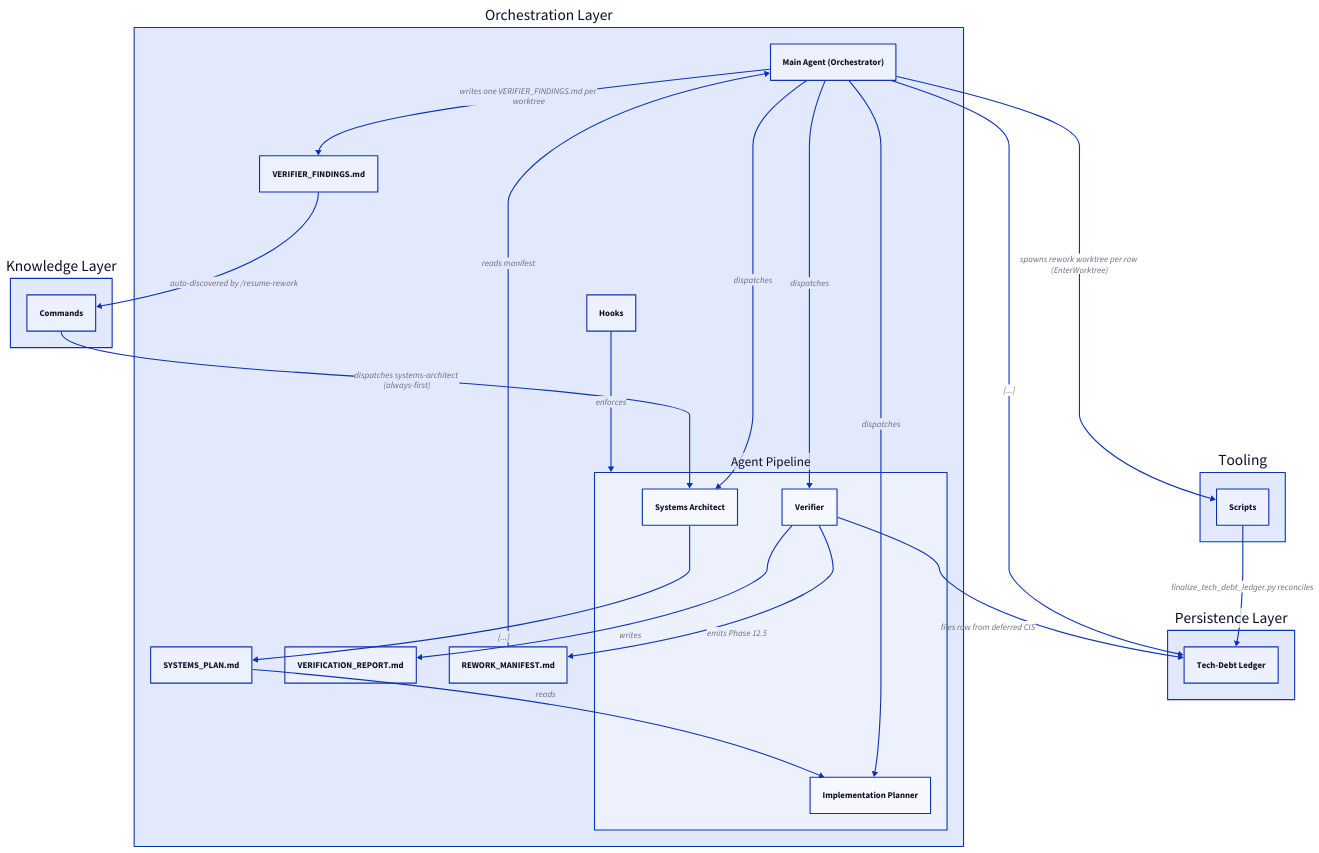
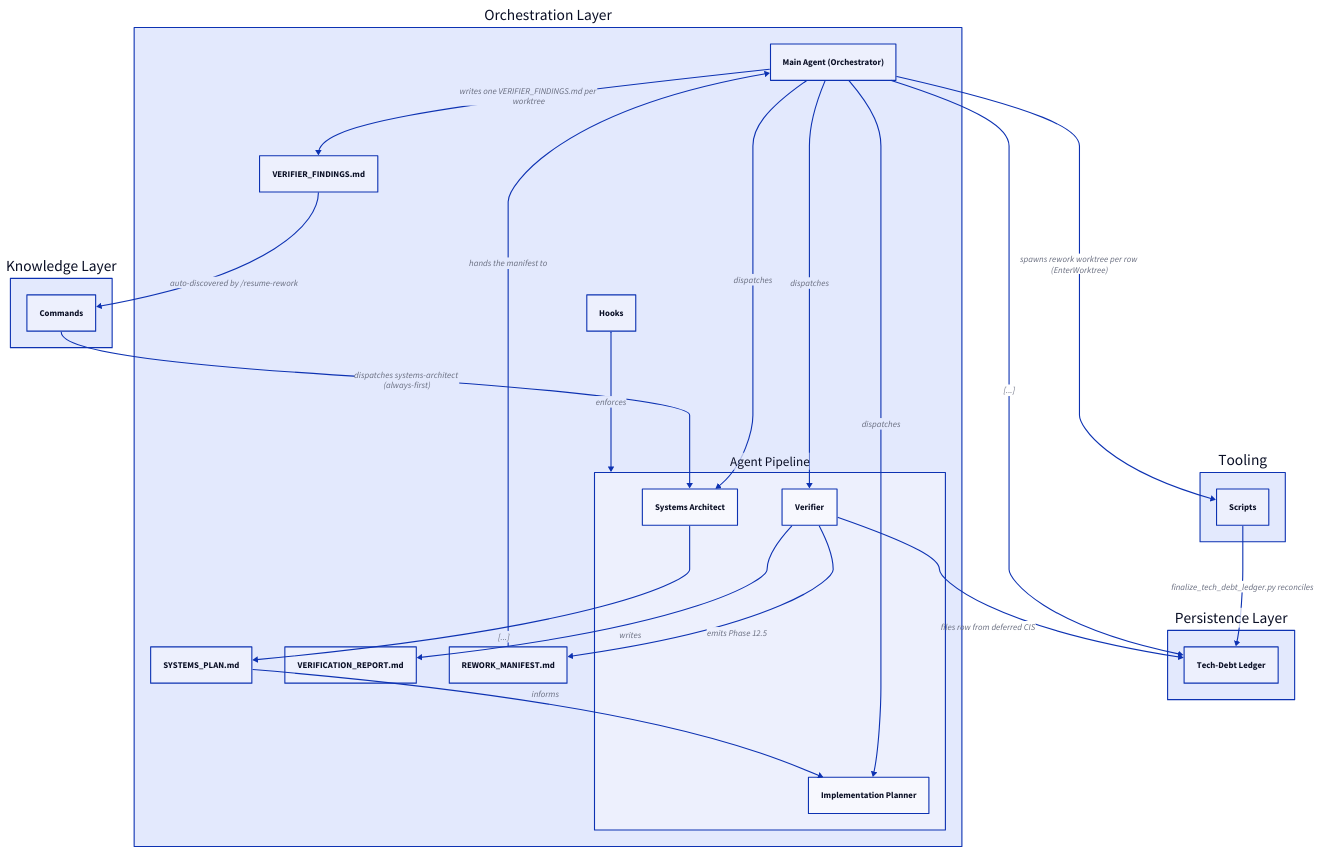
One commit to francisco-perez-sorrosal/praxion changed the diagram in docs/diagrams/architecture/rendered/rework_loop_detail.d2. Above: the diagram before and after it, drawn with D2. The commit also changed 7 other files, not shown here.

First line of the commit message:
refactor(diagrams): Split the model specification and record categories and read edges

```diff
--- a/docs/diagrams/architecture/rendered/rework_loop_detail.d2
+++ b/docs/diagrams/architecture/rendered/rework_loop_detail.d2
@@ -1,75 +1,75 @@
 direction: down
 
 PraxionOrchestration: {
   label: "Orchestration Layer"
 
   Hooks: {
     label: "Hooks"
   }
   Orchestrator: {
     label: "Main Agent (Orchestrator)"
   }
   Doc_findings: {
     label: "VERIFIER_FINDINGS.md"
   }
   Pipeline: {
     label: "Agent Pipeline"
 
     Verifier: {
       label: "Verifier"
     }
     Architect: {
       label: "Systems Architect"
     }
     Planner: {
       label: "Implementation Planner"
     }
   }
   Doc_verify: {
     label: "VERIFICATION_REPORT.md"
   }
   Doc_rework: {
     label: "REWORK_MANIFEST.md"
   }
   Doc_systems: {
     label: "SYSTEMS_PLAN.md"
   }
 }
 PraxionTooling: {
   label: "Tooling"
 
   Scripts: {
     label: "Scripts"
   }
 }
 PraxionKnowledge: {
   label: "Knowledge Layer"
 
   Commands: {
     label: "Commands"
   }
 }
 PraxionPersistence: {
   label: "Persistence Layer"
 
   Tdl: {
     label: "Tech-Debt Ledger"
   }
 }
 
 PraxionOrchestration.Orchestrator -> PraxionOrchestration.Pipeline.Verifier: "dispatches"
 PraxionOrchestration.Orchestrator -> PraxionOrchestration.Pipeline.Architect: "dispatches"
 PraxionOrchestration.Orchestrator -> PraxionOrchestration.Pipeline.Planner: "dispatches"
 PraxionOrchestration.Pipeline.Verifier -> PraxionOrchestration.Doc_verify: "writes"
 PraxionOrchestration.Pipeline.Verifier -> PraxionOrchestration.Doc_rework: "emits Phase 12.5"
-PraxionOrchestration.Doc_rework -> PraxionOrchestration.Orchestrator: "reads manifest"
+PraxionOrchestration.Doc_rework -> PraxionOrchestration.Orchestrator: "hands the manifest to"
 PraxionOrchestration.Orchestrator -> PraxionOrchestration.Doc_findings: "writes one VERIFIER_FINDINGS.md per \nworktree"
 PraxionOrchestration.Pipeline.Architect -> PraxionOrchestration.Doc_systems: "[...]"
-PraxionOrchestration.Doc_systems -> PraxionOrchestration.Pipeline.Planner: "reads"
+PraxionOrchestration.Doc_systems -> PraxionOrchestration.Pipeline.Planner: "informs"
 PraxionOrchestration.Doc_findings -> PraxionKnowledge.Commands: "auto-discovered by /resume-rework"
 PraxionKnowledge.Commands -> PraxionOrchestration.Pipeline.Architect: "dispatches systems-architect \n(always-first)"
 PraxionOrchestration.Pipeline.Verifier -> PraxionPersistence.Tdl: "files row from deferred CIS"
 PraxionOrchestration.Orchestrator -> PraxionPersistence.Tdl: "[...]"
 PraxionOrchestration.Orchestrator -> PraxionTooling.Scripts: "spawns rework worktree per row \n(EnterWorktree)"
 PraxionTooling.Scripts -> PraxionPersistence.Tdl: "finalize_tech_debt_ledger.py reconciles"
 PraxionOrchestration.Hooks -> PraxionOrchestration.Pipeline: "enforces"
```
